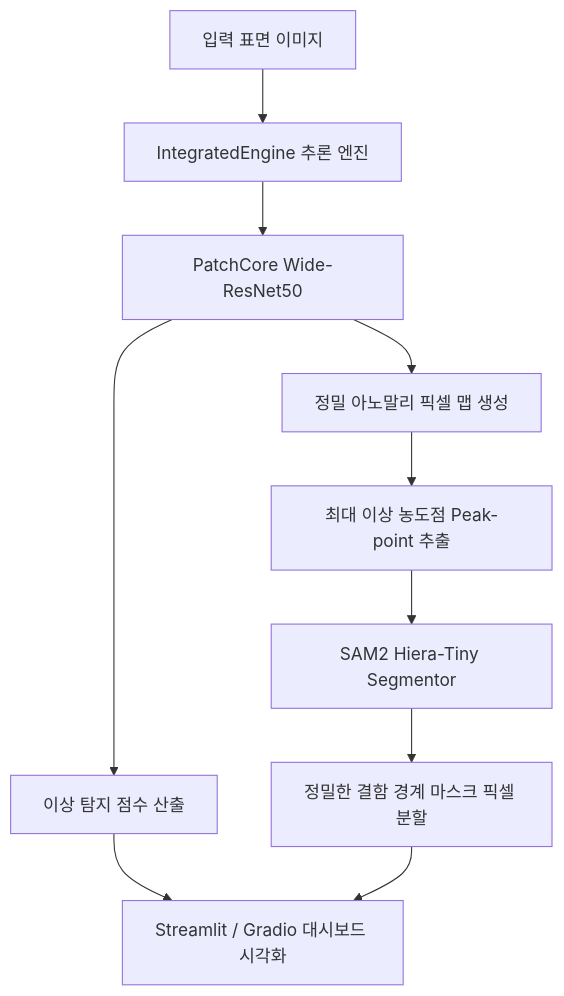
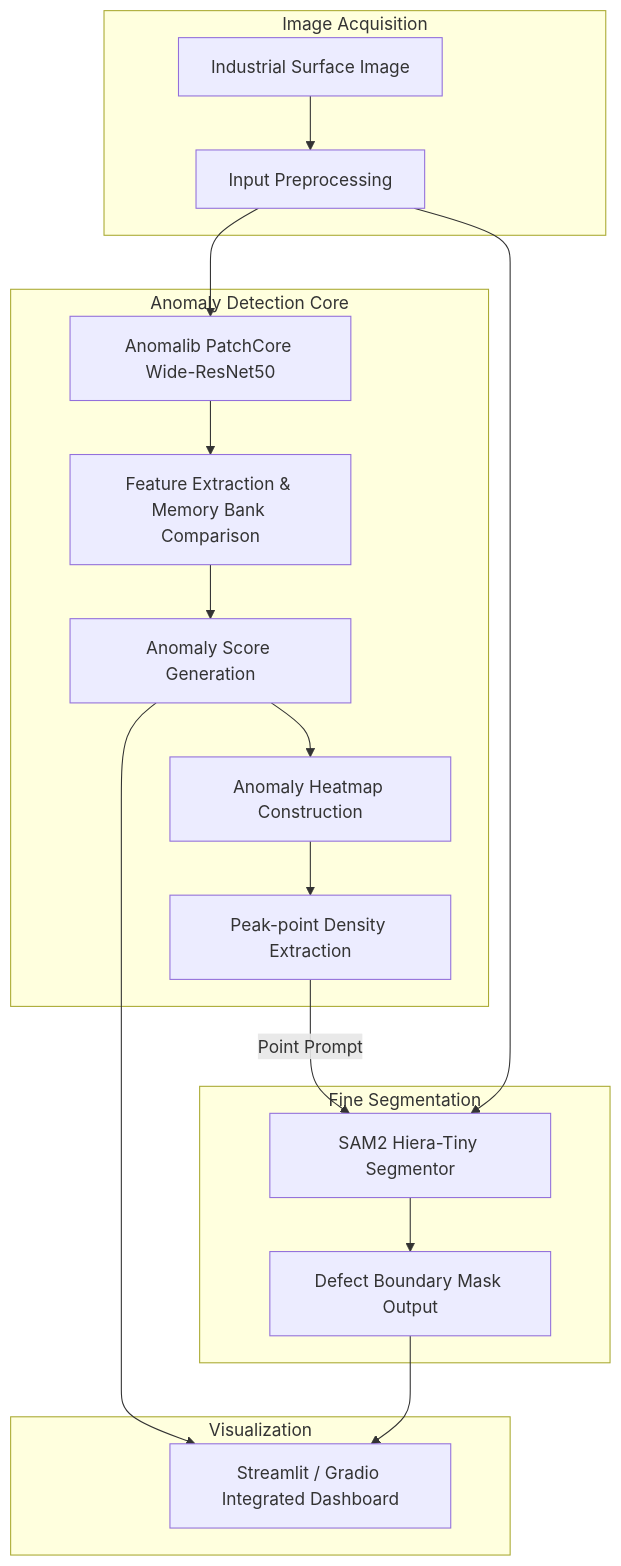
One commit to HyunchanAn/SG_proj_005 changed the diagram in README.md. Above: the diagram before and after it, drawn with Mermaid. The commit also changed other lines of this file and 1 other file, not shown here.

Commit message:
docs: README 문서 통일 및 정규화 (템플릿 적용, 다이어그램 상세화, 표현 정제)

````diff
--- a/README.md
+++ b/README.md
@@ -27,12 +12,22 @@
 ```mermaid
 graph TD
-    A["입력 표면 이미지"] --> B["IntegratedEngine 추론 엔진"]
-    B --> C["PatchCore Wide-ResNet50"]
-    C --> D["이상 탐지 점수 산출"]
-    C --> E["정밀 아노말리 픽셀 맵 생성"]
-    E --> F["최대 이상 농도점 Peak-point 추출"]
-    F --> G["SAM2 Hiera-Tiny Segmentor"]
-    G --> H["정밀한 결함 경계 마스크 픽셀 분할"]
-    D --> I["Streamlit / Gradio 대시보드 시각화"]
-    H --> I
+    subgraph Image Acquisition
+        A[Industrial Surface Image] --> B[Input Preprocessing]
+    end
+    subgraph Anomaly Detection Core
+        B --> C[Anomalib PatchCore Wide-ResNet50]
+        C --> D[Feature Extraction & Memory Bank Comparison]
+        D --> E[Anomaly Score Generation]
+        E --> F[Anomaly Heatmap Construction]
+        F --> G[Peak-point Density Extraction]
+    end
+    subgraph Fine Segmentation
+        G -->|Point Prompt| H[SAM2 Hiera-Tiny Segmentor]
+        B --> H
+        H --> I[Defect Boundary Mask Output]
+    end
+    subgraph Visualization
+        E --> J[Streamlit / Gradio Integrated Dashboard]
+        I --> J
+    end
 ```
````
